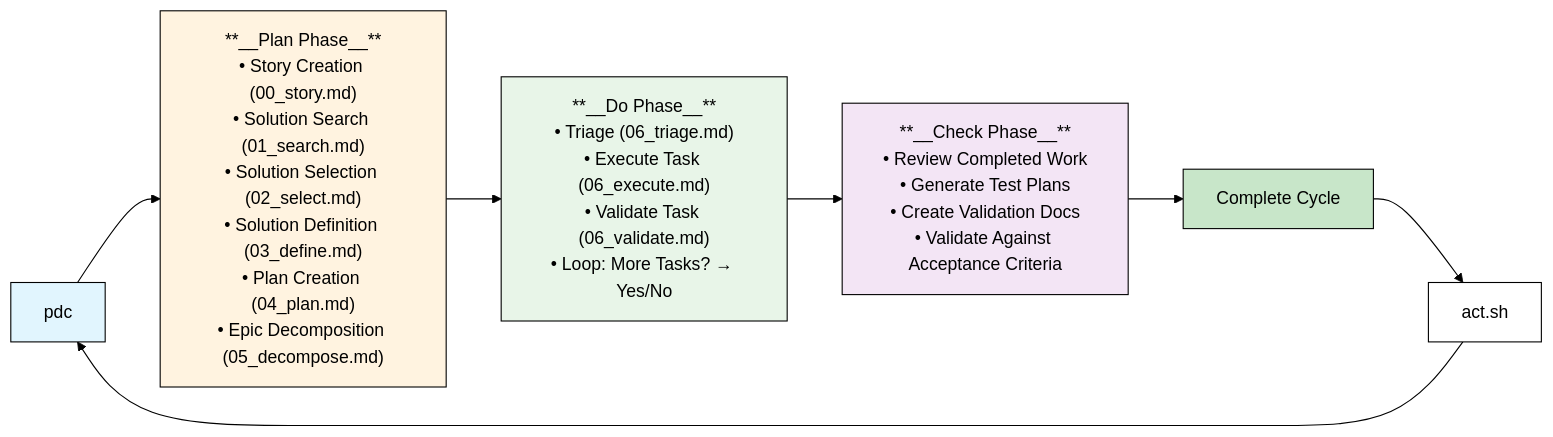
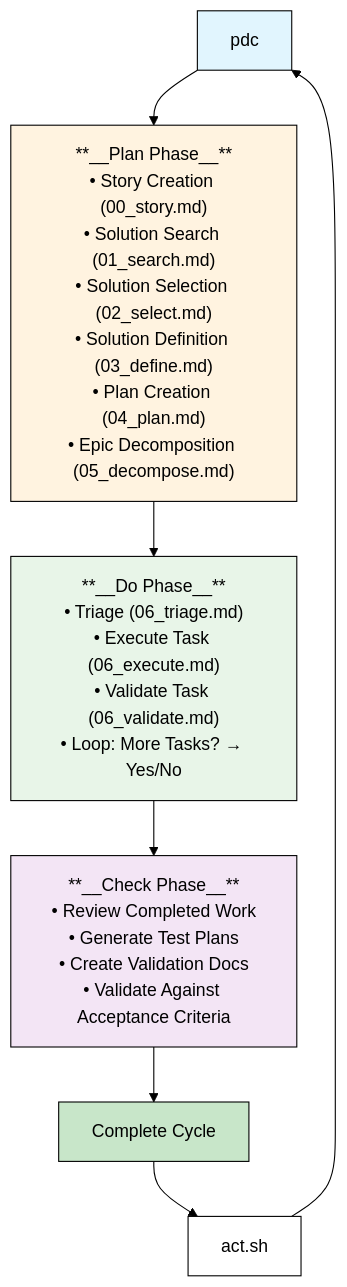
One commit to riazarbi/way changed the diagram in README.md. Above: the diagram before and after it, drawn with Mermaid.

Commit message:
top to bottom

````diff
--- a/README.md
+++ b/README.md
@@ -43,17 +43,17 @@
 ```mermaid
 %%{init: {'theme': 'base', 'themeVariables': { 'primaryColor': '#fff', 'primaryTextColor': '#000', 'primaryBorderColor': '#000', 'lineColor': '#000', 'secondaryColor': '#fff', 'tertiaryColor': '#fff'}, 'flowchart': {'useMaxWidth': false, 'htmlLabels': true, 'curve': 'basis'}}}%%
-graph LR
+graph TD
     A[pdc <user-story>] --> B["**__Plan Phase__**<br/>• Story Creation (00_story.md)<br/>• Solution Search (01_search.md)<br/>• Solution Selection (02_select.md)<br/>• Solution Definition (03_define.md)<br/>• Plan Creation (04_plan.md)<br/>• Epic Decomposition (05_decompose.md)"]
     B --> C["**__Do Phase__**<br/>• Triage (06_triage.md)<br/>• Execute Task (06_execute.md)<br/>• Validate Task (06_validate.md)<br/>• Loop: More Tasks? → Yes/No"]
     C --> D["**__Check Phase__**<br/>• Review Completed Work<br/>• Generate Test Plans<br/>• Create Validation Docs<br/>• Validate Against Acceptance Criteria"]
     D --> E[Complete Cycle]
     E --> F[act.sh <user-story>]
     F --> A
     
     %% Styling
     style A fill:#e1f5fe
     style B fill:#fff3e0
     style C fill:#e8f5e8
     style D fill:#f3e5f5
     style E fill:#c8e6c9
 ```
````
